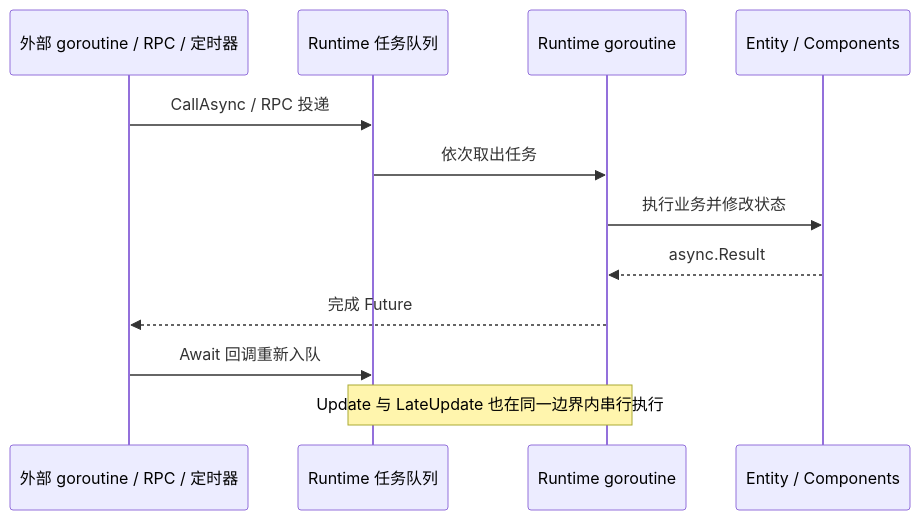
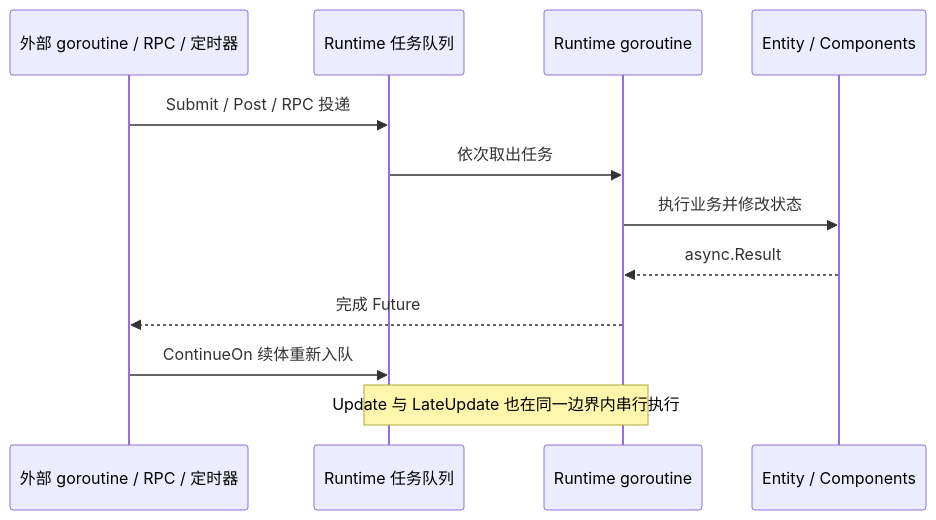
One commit to pangdogs/framework changed the second of 2 diagrams in README.zh_CN.md. Above: the diagram before and after it, drawn with Mermaid. The commit also changed other lines of this file and 46 other files, not shown here.

````diff
--- a/README.zh_CN.md
+++ b/README.zh_CN.md
@@ -137,14 +137,14 @@
 ```mermaid
 sequenceDiagram
     participant Source as 外部 goroutine / RPC / 定时器
     participant Queue as Runtime 任务队列
     participant RuntimeLoop as Runtime goroutine
     participant EC as Entity / Components
-    Source->>Queue: CallAsync / RPC 投递
+    Source->>Queue: Submit / Post / RPC 投递
     Queue->>RuntimeLoop: 依次取出任务
     RuntimeLoop->>EC: 执行业务并修改状态
     EC-->>RuntimeLoop: async.Result
     RuntimeLoop-->>Source: 完成 Future
-    Source->>Queue: Await 回调重新入队
+    Source->>Queue: ContinueOn 续体重新入队
     Note over Queue,RuntimeLoop: Update 与 LateUpdate 也在同一边界内串行执行
 ```
````
